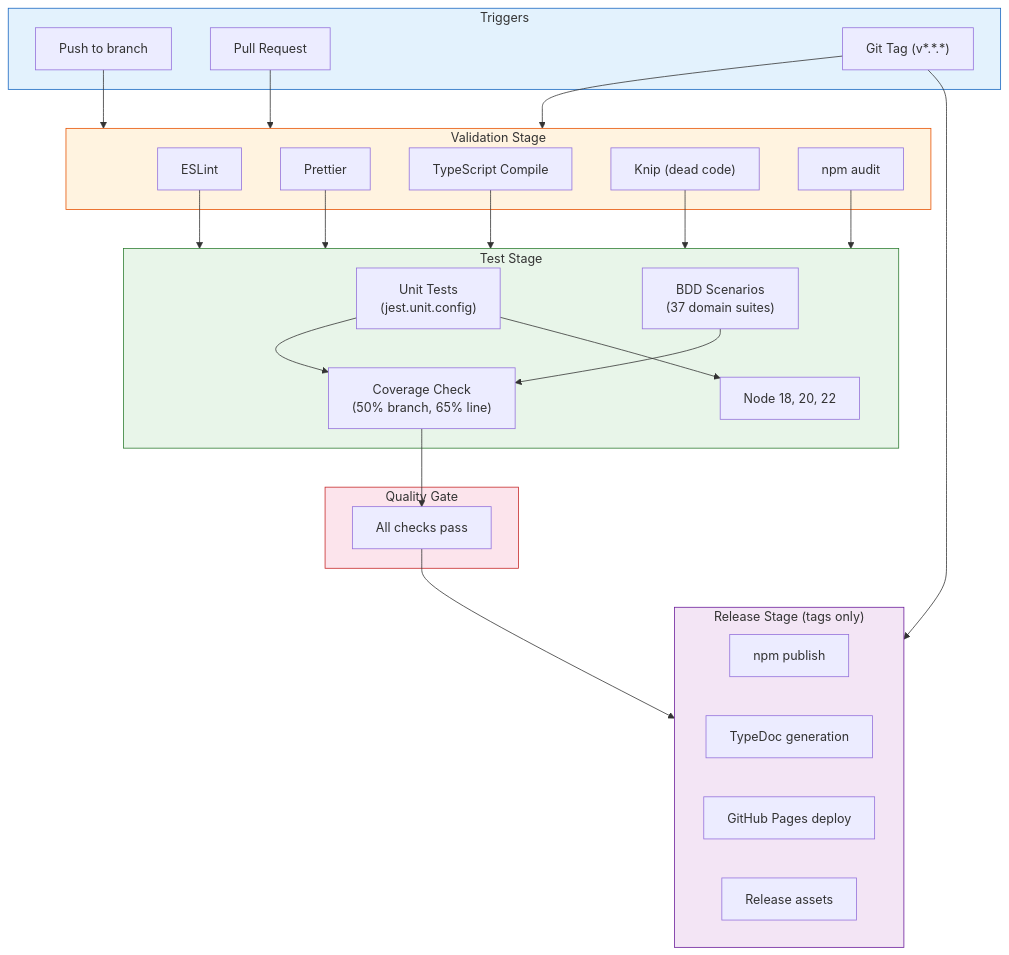
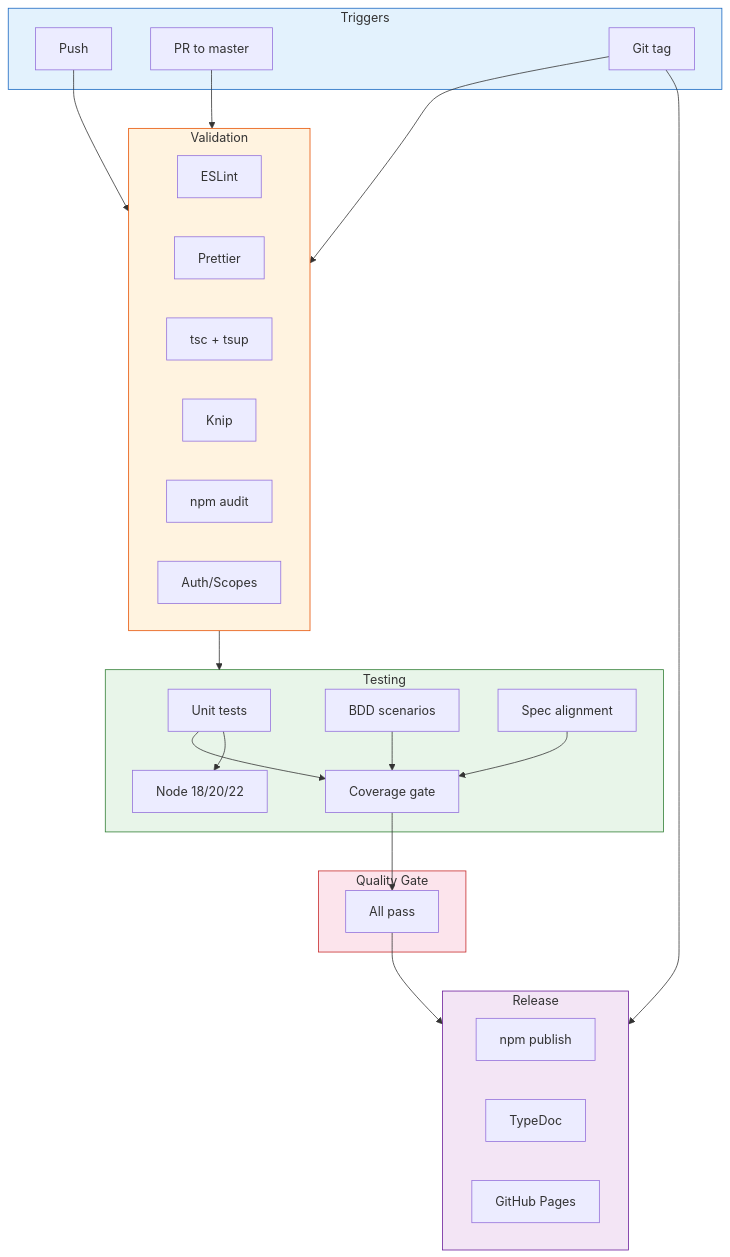
The tenth of 18 diagrams in media/ARCHITECTURE.md (lgriffin/ESI.ts), drawn with Mermaid before and after one commit. The commit also changed other lines of this file and 928 other files, not shown here.

````diff
--- a/media/ARCHITECTURE.md
+++ b/media/ARCHITECTURE.md
@@ -321,59 +552,53 @@
 ```mermaid
-graph TB
-    subgraph Trigger["Triggers"]
-        Push["Push to branch"]
-        PR["Pull Request"]
-        Tag["Git Tag (v*.*.*)"]
+flowchart TB
+    subgraph Trigger ["Triggers"]
+        Push["Push"]
+        PR["PR to master"]
+        Tag["Git tag"]
     end
 
-    subgraph Validation["Validation Stage"]
+    subgraph Validation ["Validation"]
         Lint["ESLint"]
         Format["Prettier"]
-        Build["TypeScript Compile"]
-        Knip["Knip (dead code)"]
+        Build["tsc + tsup"]
+        Knip["Knip"]
         Audit["npm audit"]
+        Auth["Auth/Scopes"]
     end
 
-    subgraph Testing["Test Stage"]
-        Unit["Unit Tests<br/>(jest.unit.config)"]
-        BDD["BDD Scenarios<br/>(37 domain suites)"]
-        Coverage["Coverage Check<br/>(50% branch, 65% line)"]
-        Matrix["Node 18, 20, 22"]
+    subgraph Testing ["Testing"]
+        Unit["Unit tests"]
+        BDD["BDD scenarios"]
+        Spec["Spec alignment"]
+        Cov["Coverage gate"]
+        Matrix["Node 18/20/22"]
     end
 
-    subgraph Quality["Quality Gate"]
-        Gate["All checks pass"]
+    subgraph QG ["Quality Gate"]
+        Gate["All pass"]
     end
 
-    subgraph Release["Release Stage (tags only)"]
+    subgraph Release ["Release"]
         NPM["npm publish"]
-        Docs["TypeDoc generation"]
-        Pages["GitHub Pages deploy"]
-        Assets["Release assets"]
+        Docs["TypeDoc"]
+        Pages["GitHub Pages"]
     end
 
     Push --> Validation
     PR --> Validation
     Tag --> Validation
-
-    Lint --> Testing
-    Format --> Testing
-    Build --> Testing
-    Knip --> Testing
-    Audit --> Testing
-
-    Unit --> Coverage
-    BDD --> Coverage
+    Validation --> Testing
+    Unit --> Cov
+    BDD --> Cov
+    Spec --> Cov
     Unit --> Matrix
-
-    Coverage --> Gate
-
+    Cov --> Gate
     Tag --> Release
     Gate --> Release
 
     style Trigger fill:#e3f2fd,stroke:#1565c0
     style Validation fill:#fff3e0,stroke:#e65100
     style Testing fill:#e8f5e9,stroke:#2e7d32
-    style Quality fill:#fce4ec,stroke:#c62828
+    style QG fill:#fce4ec,stroke:#c62828
     style Release fill:#f3e5f5,stroke:#6a1b9a
 ```
````
